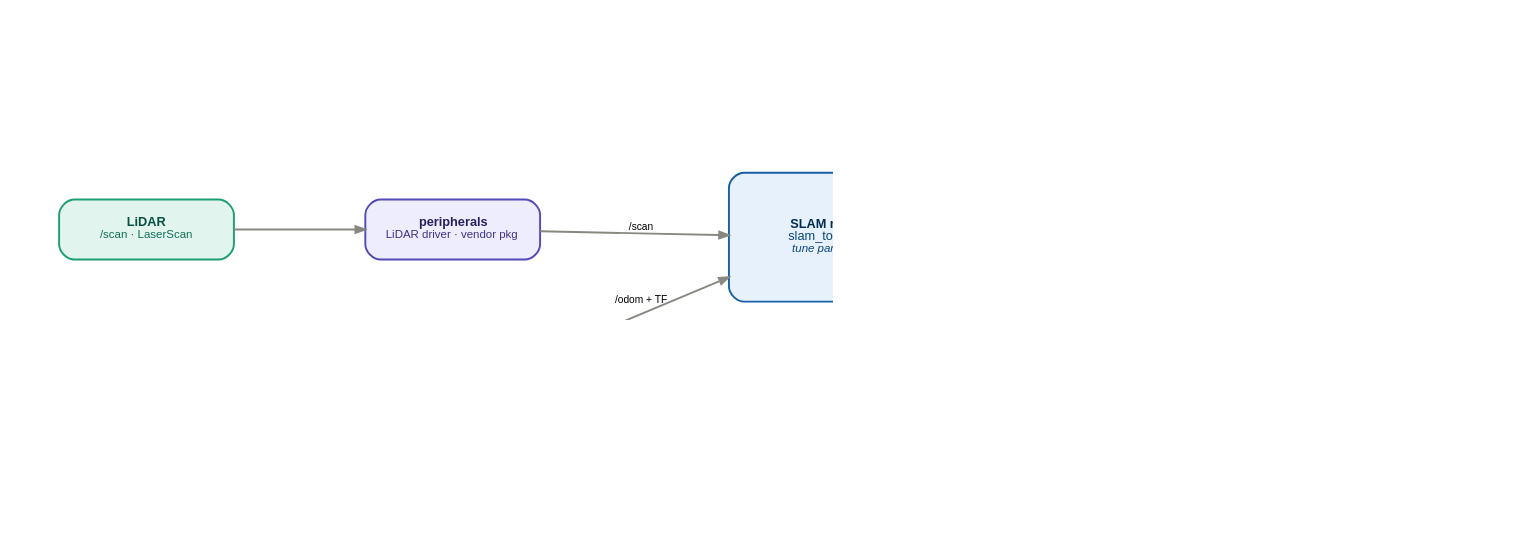
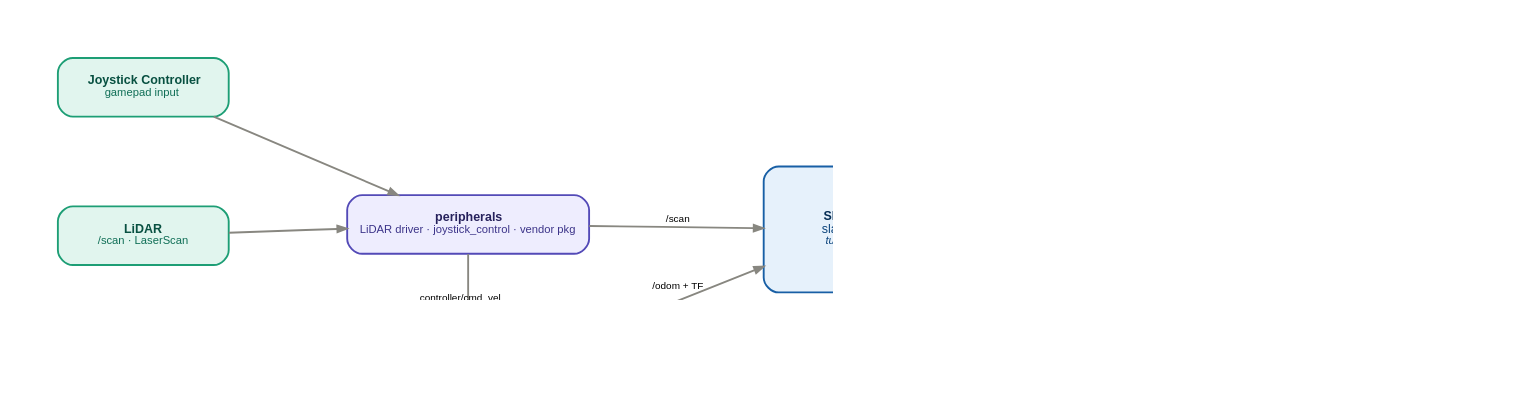
The diagram in docs/images/pipeline.dot (mahersabbagh80/2D-LiDAR-Mapping-with-SLAM), drawn with Graphviz before and after one commit. The commit also changed 10 other files, not shown here.

```diff
--- a/docs/images/pipeline.dot
+++ b/docs/images/pipeline.dot
@@ -1,124 +1,125 @@
 digraph pipeline {
     graph [
         rankdir=LR
         bgcolor="white"
         fontname="Helvetica,Arial,sans-serif"
         pad=0.6
         nodesep=0.5
         ranksep=1.3
         dpi=140
         size="12,7!"
         splines=polyline
     ]
 
     node [
         fontname="Helvetica,Arial,sans-serif"
         fontsize=10
         style="filled,rounded"
         shape=box
         width=1.9
         penwidth=1.5
         margin="0.14,0.1"
     ]
 
     edge [
         fontname="Helvetica,Arial,sans-serif"
         fontsize=8
         color="#888780"
         penwidth=1.5
         arrowsize=0.75
         arrowhead=normal
     ]
 
     // ── Column ordering ──────────────────────────────────
-    {rank=same; lidar; chassis; teleop}
+    {rank=same; lidar; chassis; joystick}
     {rank=same; peripherals; controller}
     {rank=same; slam}
     {rank=same; map_saver; rviz}
     {rank=same; saved_map; live_map; motion}
 
     // Invisible vertical-ordering edges within each column
+    joystick -> lidar    [style=invis weight=10]
     lidar    -> chassis  [style=invis weight=10]
-    chassis  -> teleop   [style=invis weight=10]
     peripherals -> controller [style=invis weight=10]
     map_saver -> rviz    [style=invis weight=10]
     saved_map -> live_map -> motion [style=invis weight=10]
 
     // ── INPUT nodes (teal green) ─────────────────────────
     lidar [
         label=<<b>LiDAR</b><br align="center"/><font point-size="9" color="#0F6E56">/scan · LaserScan</font>>
         fillcolor="#E1F5EE" color="#1D9E75" fontcolor="#085041"
         height=0.65
     ]
     chassis [
         label=<<b>JetRover Chassis</b><br align="center"/><font point-size="9" color="#0F6E56">wheel encoders + IMU</font>>
         fillcolor="#E1F5EE" color="#1D9E75" fontcolor="#085041"
         height=0.65
     ]
-    teleop [
-        label=<<b>Teleop</b><br align="center"/><font point-size="9" color="#0F6E56">/cmd_vel · Twist</font>>
+    joystick [
+        label=<<b>Joystick Controller</b><br align="center"/><font point-size="9" color="#0F6E56">gamepad input</font>>
         fillcolor="#E1F5EE" color="#1D9E75" fontcolor="#085041"
         height=0.65
     ]
 
     // ── VENDOR PACKAGE nodes (purple) ────────────────────
     peripherals [
-        label=<<b>peripherals</b><br align="center"/><font point-size="9" color="#3C3489">LiDAR driver · vendor pkg</font>>
+        label=<<b>peripherals</b><br align="center"/><font point-size="9" color="#3C3489">LiDAR driver · joystick_control · vendor pkg</font>>
         fillcolor="#EEEDFE" color="#534AB7" fontcolor="#26215C"
         height=0.65
     ]
     controller [
         label=<<b>controller</b><br align="center"/><font point-size="9" color="#3C3489">EKF: wheel + IMU → /odom + TF<br align="center"/>motor drive · vendor pkg</font>>
         fillcolor="#EEEDFE" color="#534AB7" fontcolor="#26215C"
         height=0.9
     ]
 
     // ── SLAM node (blue) ─────────────────────────────────
     slam [
         label=<<b>SLAM node</b><br align="center"/><font point-size="10" color="#0C447C">slam_toolbox</font><br align="center"/><font point-size="9" color="#0C447C"><i>tune params</i></font>>
         fillcolor="#E6F1FB" color="#185FA5" fontcolor="#042C53"
         width=2.1
         height=1.4
     ]
 
     // ── TOOL nodes (salmon/red) ──────────────────────────
     map_saver [
         label=<<b>map_saver_cli</b><br align="center"/><font point-size="9" color="#712B13">saves map on demand</font>>
         fillcolor="#FAECE7" color="#993C1D" fontcolor="#4A1B0C"
         height=0.65
     ]
     rviz [
         label=<<b>RViz2</b><br align="center"/><font point-size="9" color="#712B13">live visualisation</font>>
         fillcolor="#FAECE7" color="#993C1D" fontcolor="#4A1B0C"
         height=0.65
     ]
 
     // ── OUTPUT nodes (green) ─────────────────────────────
     saved_map [
         label=<<b>Saved map</b><br align="center"/><font point-size="9" color="#27500A">room.pgm + room.yaml</font>>
         fillcolor="#EAF3DE" color="#3B6D11" fontcolor="#173404"
         height=0.65
     ]
     live_map [
         label=<<b>Live map</b><br align="center"/><font point-size="9" color="#27500A">/map · OccupancyGrid</font>>
         fillcolor="#EAF3DE" color="#3B6D11" fontcolor="#173404"
         height=0.65
     ]
     motion [
         label=<<b>Robot motion</b><br align="center"/><font point-size="9" color="#27500A">Mecanum drive</font>>
         fillcolor="#EAF3DE" color="#3B6D11" fontcolor="#173404"
         height=0.65
     ]
 
     // ── Edges ────────────────────────────────────────────
     lidar       -> peripherals  []
     chassis     -> controller   []
-    teleop      -> controller   []
+    joystick    -> peripherals  []
     peripherals -> slam         [label="  /scan"]
     controller  -> slam         [label="  /odom + TF"]
     slam        -> map_saver    [label="  /map"]
     slam        -> rviz         [label="  /map"]
     map_saver   -> saved_map    []
     rviz        -> live_map     []
-    controller  -> motion       [label="  /cmd_vel"]
+    peripherals -> controller   [label="  controller/cmd_vel"]
+    controller  -> motion       []
 }
```
